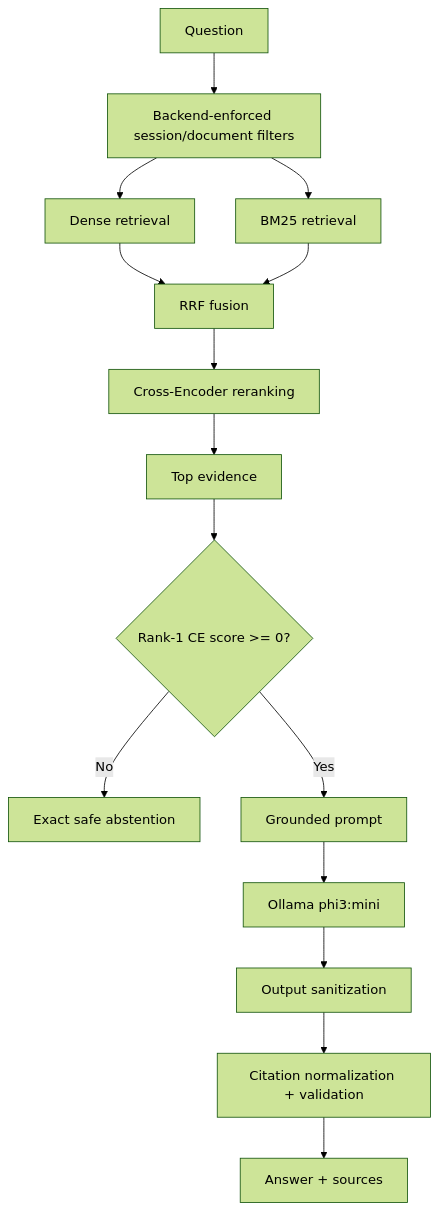
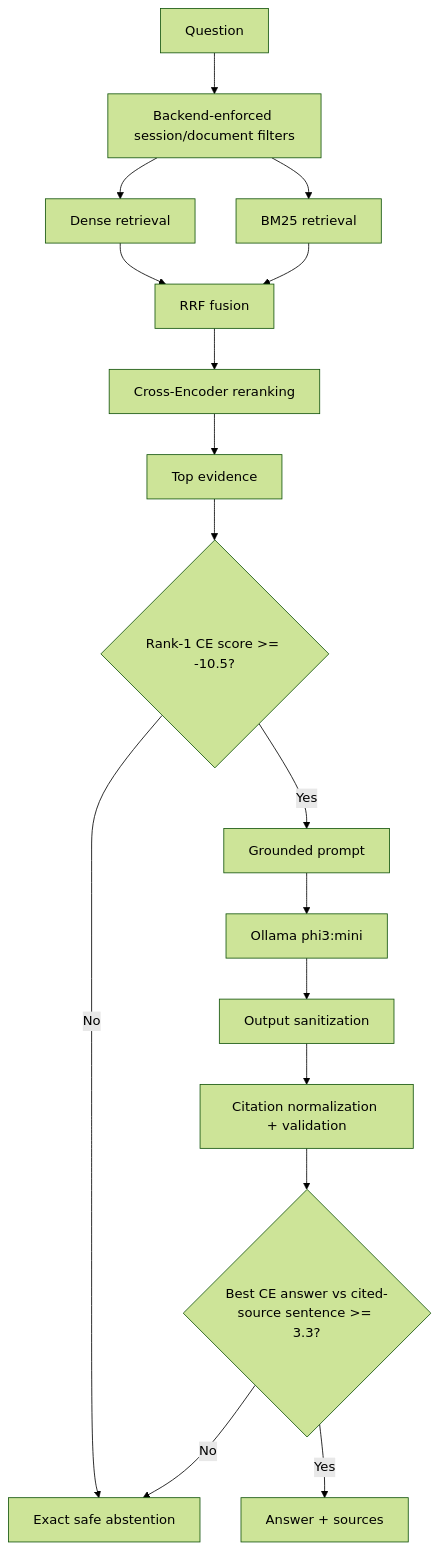
Before and after one commit to Md-Faiz-Alam/docqna: the third of 6 diagrams in docs/architecture.md, drawn with Mermaid (forest theme). The commit also changed other lines of this file and 18 other files, not shown here.

````diff
--- a/docs/architecture.md
+++ b/docs/architecture.md
@@ -73,18 +73,20 @@
 ```mermaid
 flowchart TD
     Q[Question]
     --> SF[Backend-enforced session/document filters]
     SF --> D[Dense retrieval]
     SF --> B[BM25 retrieval]
     D --> RRF[RRF fusion]
     B --> RRF
     RRF --> CE[Cross-Encoder reranking]
     CE --> TOP[Top evidence]
-    TOP --> CONF{Rank-1 CE score >= 0?}
+    TOP --> CONF{Rank-1 CE score >= -10.5?}
     CONF -->|No| ABS[Exact safe abstention]
     CONF -->|Yes| PROMPT[Grounded prompt]
     PROMPT --> LLM[Ollama phi3:mini]
     LLM --> SAN[Output sanitization]
     SAN --> CIT[Citation normalization + validation]
-    CIT --> RESP[Answer + sources]
+    CIT --> GRD{Best CE answer vs cited-source sentence >= 3.3?}
+    GRD -->|No| ABS
+    GRD -->|Yes| RESP[Answer + sources]
 ```
````
